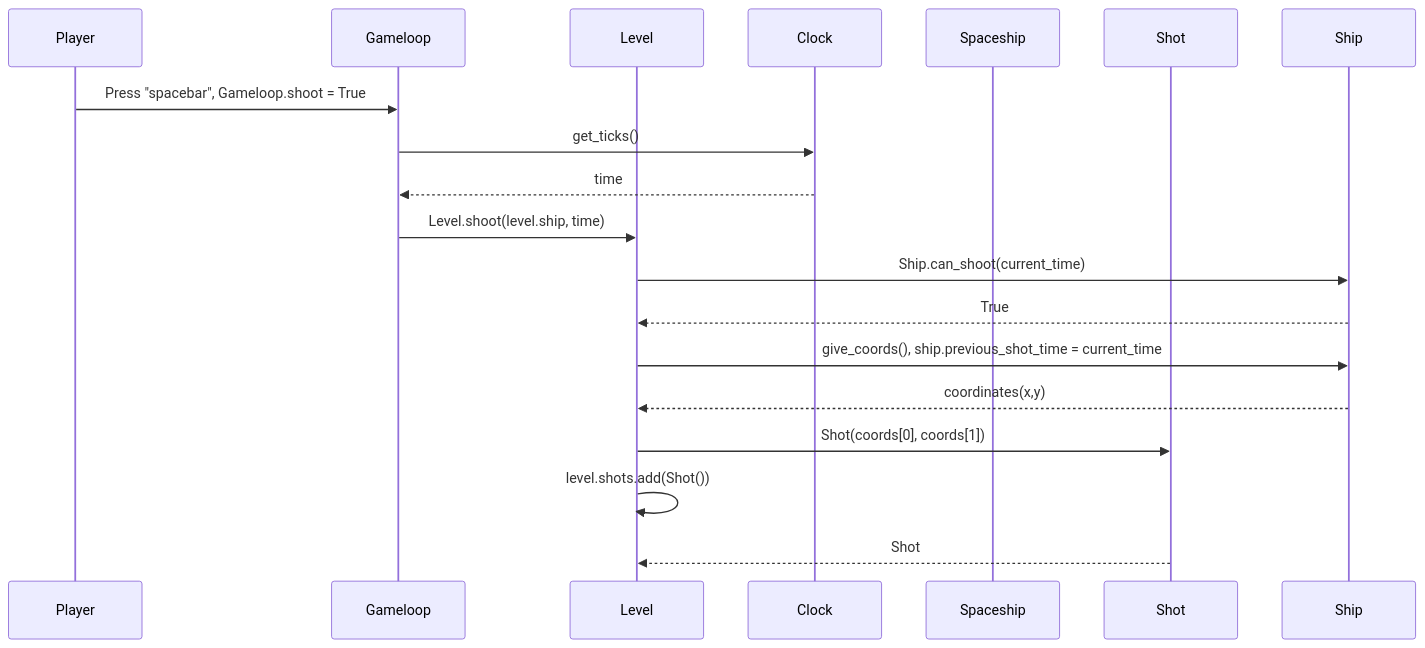
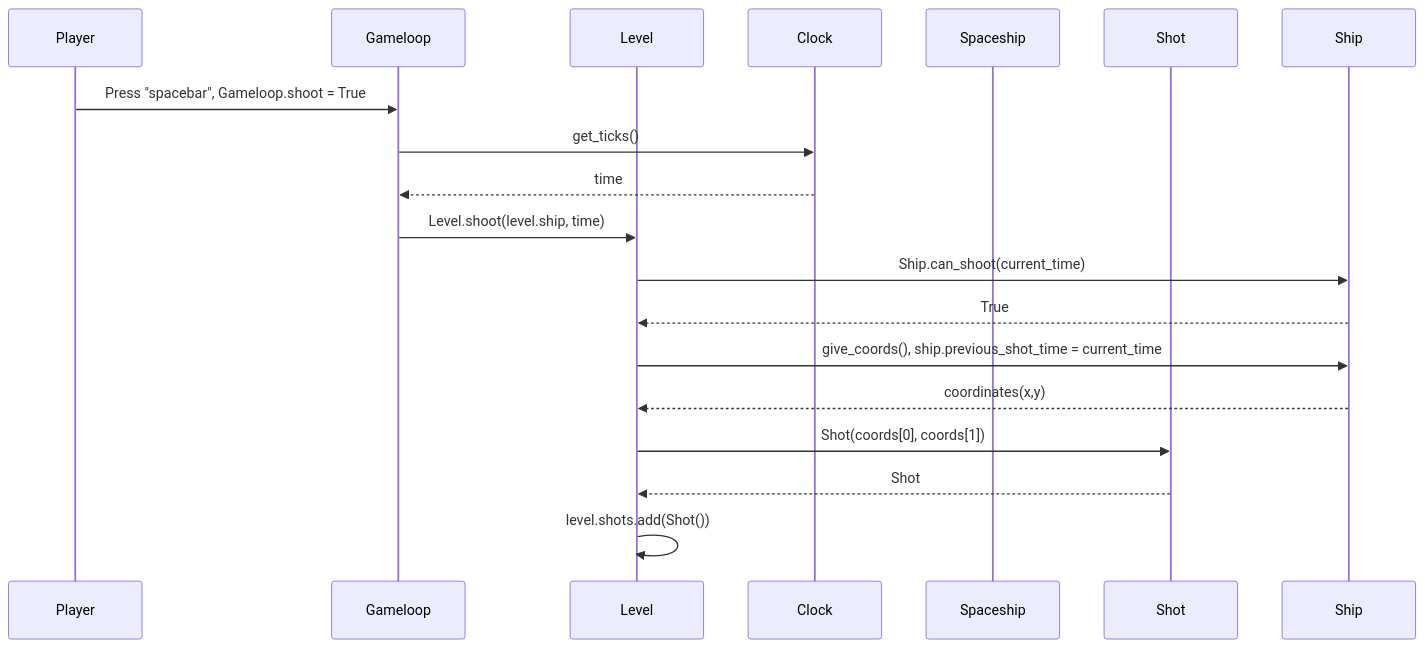
The second of 2 diagrams in python-space-invaders/dokumentaatio/arkkitehtuuri.md (arolaeemil/ot-harjoitustyo), drawn with Mermaid before and after one commit. The commit also changed other lines of this file, not shown here.

````diff
--- a/python-space-invaders/dokumentaatio/arkkitehtuuri.md
+++ b/python-space-invaders/dokumentaatio/arkkitehtuuri.md
@@ -37,22 +37,22 @@
 ```mermaid
  sequenceDiagram
   participant Player
   participant Gameloop
   participant Level
   participant Clock
   participant Spaceship
   participant Shot
 
   Player ->> Gameloop: Press "spacebar", Gameloop.shoot = True
   Gameloop ->> Clock: get_ticks()
   Clock -->> Gameloop: time
   Gameloop ->> Level: Level.shoot(level.ship, time)
   Level ->> Ship: Ship.can_shoot(current_time)
   Ship -->> Level: True
   Level ->> Ship: give_coords(), ship.previous_shot_time = current_time
   Ship -->> Level: coordinates(x,y)
   Level ->> Shot: Shot(coords[0], coords[1])
+  Shot -->> Level: Shot
   Level ->> Level: level.shots.add(Shot())
-  Shot -->> Level: Shot
   
 ```
````
